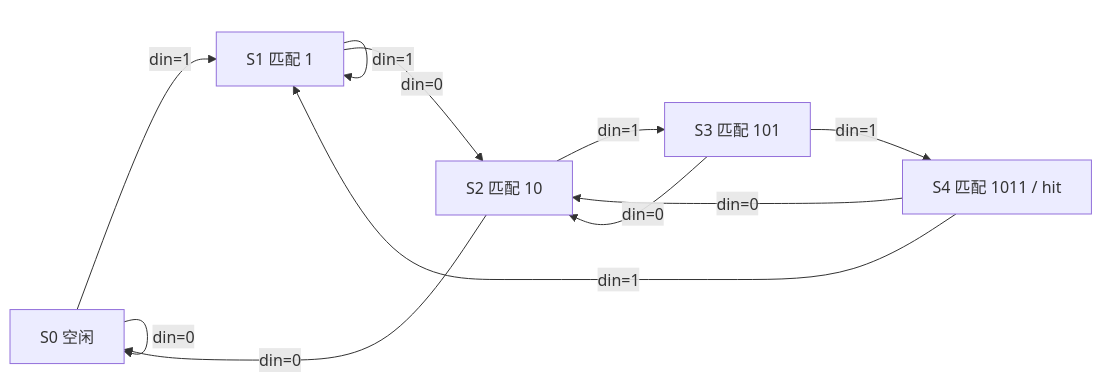
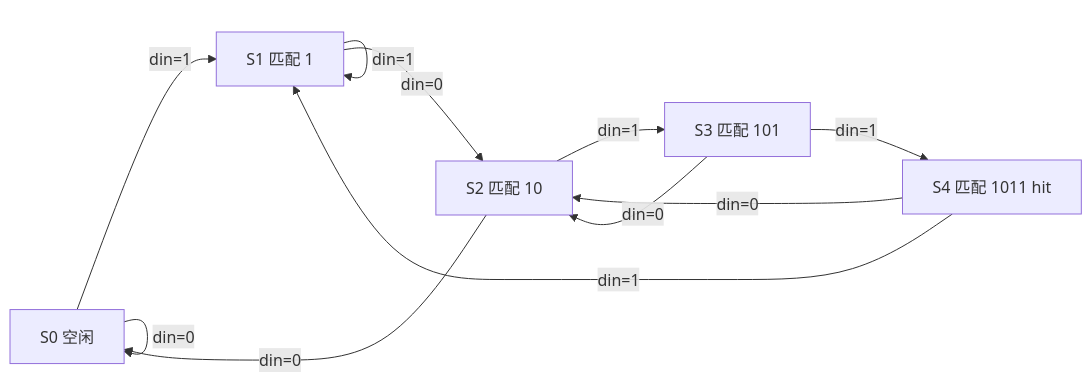
One commit to aaaaawwaa/aaaaawwaa.github.io changed the diagram in content/digital-systems/fsm-design.md. Above: the diagram before and after it, drawn with Mermaid. The commit also changed other lines of this file and 8 other files, not shown here.

````diff
--- a/content/digital-systems/fsm-design.md
+++ b/content/digital-systems/fsm-design.md
@@ -64,13 +92,13 @@
 ```mermaid
 graph LR
     S0["S0 空闲"] -->|din=1| S1["S1 匹配 1"]
     S0 -->|din=0| S0
     S1 -->|din=1| S1
     S1 -->|din=0| S2["S2 匹配 10"]
     S2 -->|din=1| S3["S3 匹配 101"]
     S2 -->|din=0| S0
-    S3 -->|din=1| S4["S4 匹配 1011 / hit"]
+    S3 -->|din=1| S4["S4 匹配 1011 hit"]
     S3 -->|din=0| S2
     S4 -->|din=1| S1
     S4 -->|din=0| S2
 ```
````
